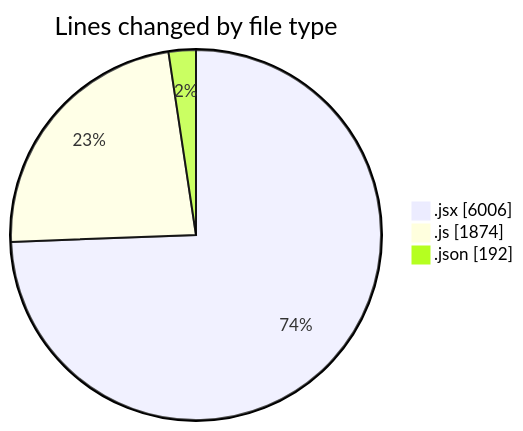
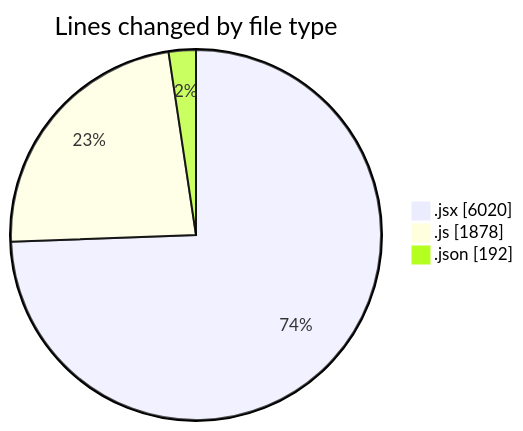
The first of 2 diagrams in 2025-08-06/nxtqube_webapp/README.md (nxtqubesakshisongat/code-tracking), drawn with Mermaid before and after one commit. The commit also changed other lines of this file and 1 other file, not shown here.

````diff
--- a/2025-08-06/nxtqube_webapp/README.md
+++ b/2025-08-06/nxtqube_webapp/README.md
@@ -31,7 +31,7 @@
 ```mermaid
 pie showData
 title Lines changed by file type
-".jsx" : 6006
-".js" : 1874
+".jsx" : 6020
+".js" : 1878
 ".json" : 192
 ```
````
